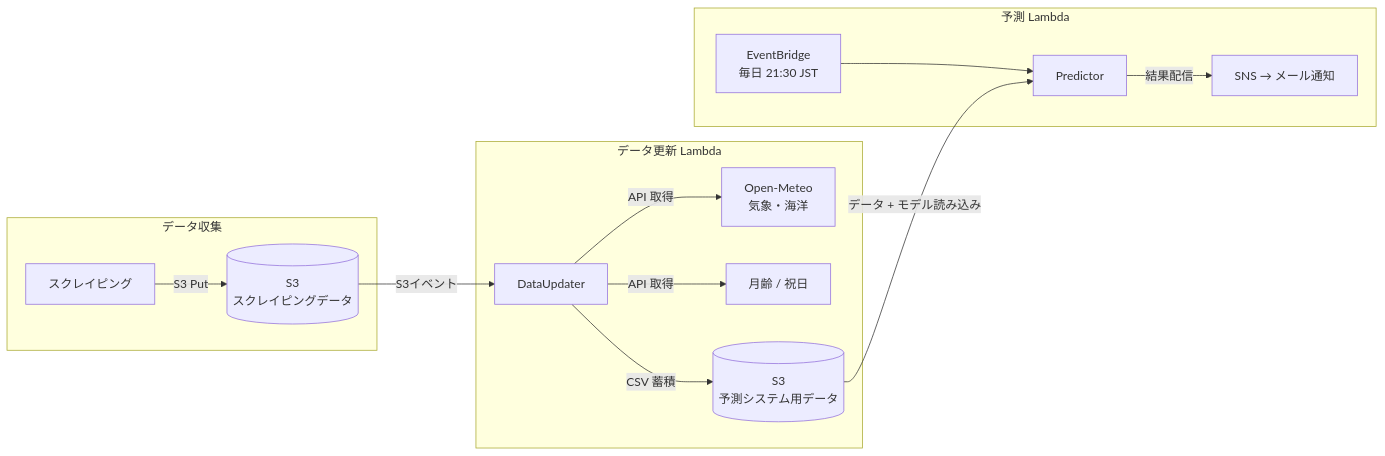
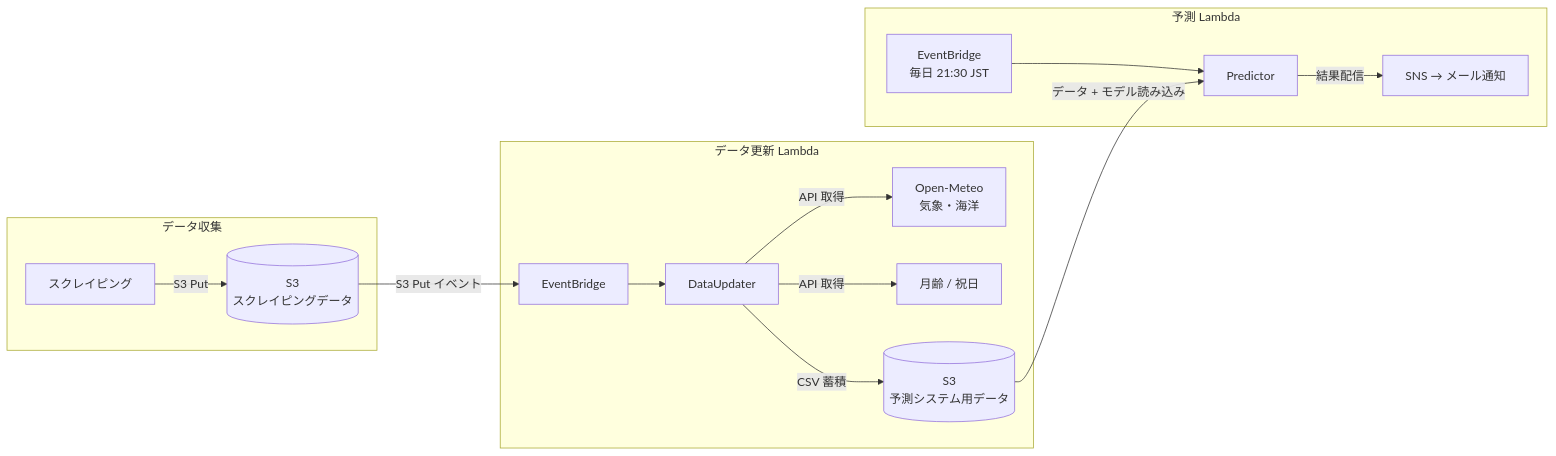
Before and after one commit to minarai-niwashi/fishing-catch-predictor: the diagram in README.md, drawn with Mermaid. The commit also changed 3 other files, not shown here.

First line of the commit message:
refactor: S3 → Lambda 通知を EventBridge 経由に切り替えて IaC 化する (#44)

````diff
--- a/README.md
+++ b/README.md
@@ -21,19 +21,20 @@
 ```mermaid
 flowchart LR
     subgraph データ収集
         A[スクレイピング] -->|S3 Put| B[(S3<br/>スクレイピングデータ)]
     end
 
     subgraph データ更新 Lambda
-        B -->|S3イベント| C[DataUpdater]
+        B -->|S3 Put イベント| EB[EventBridge]
+        EB --> C[DataUpdater]
         C -->|API 取得| D[Open-Meteo<br/>気象・海洋]
         C -->|API 取得| E[月齢 / 祝日]
         C -->|CSV 蓄積| F[(S3<br/>予測システム用データ)]
     end
 
     subgraph 予測 Lambda
         G[EventBridge<br/>毎日 21:30 JST] --> H[Predictor]
         F -->|データ + モデル読み込み| H
         H -->|結果配信| I[SNS → メール通知]
     end
 ```
````
